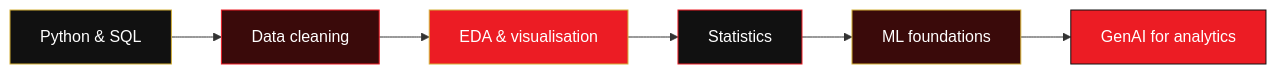
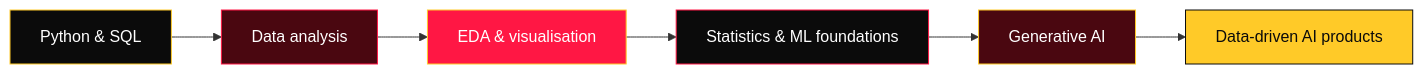
One commit to SachinCoder11/SachinCoder11 changed the diagram in README.md. Above: the diagram before and after it, drawn with Mermaid. The commit also changed other lines of this file, not shown here.

Commit message:
Revise README to reflect updated personal branding and current focus on data science, analytics, and generative AI

````diff
--- a/README.md
+++ b/README.md
@@ -151,14 +168,14 @@
 ```mermaid
 flowchart LR
-    A[Python & SQL] --> B[Data cleaning]
+    A[Python & SQL] --> B[Data analysis]
     B --> C[EDA & visualisation]
-    C --> D[Statistics]
-    D --> E[ML foundations]
-    E --> F[GenAI for analytics]
-    style A fill:#111111,stroke:#D4AF37,color:#fff
-    style B fill:#3A0A0A,stroke:#EC1C24,color:#fff
-    style C fill:#EC1C24,stroke:#D4AF37,color:#fff
-    style D fill:#111111,stroke:#EC1C24,color:#fff
-    style E fill:#3A0A0A,stroke:#D4AF37,color:#fff
-    style F fill:#EC1C24,stroke:#111111,color:#fff
+    C --> D[Statistics & ML foundations]
+    D --> E[Generative AI]
+    E --> F[Data-driven AI products]
+    style A fill:#0B0B0B,stroke:#FFCA28,color:#fff
+    style B fill:#4A0710,stroke:#FF1744,color:#fff
+    style C fill:#FF1744,stroke:#FFCA28,color:#fff
+    style D fill:#0B0B0B,stroke:#FF1744,color:#fff
+    style E fill:#4A0710,stroke:#FFCA28,color:#fff
+    style F fill:#FFCA28,stroke:#0B0B0B,color:#0B0B0B
 ```
````
